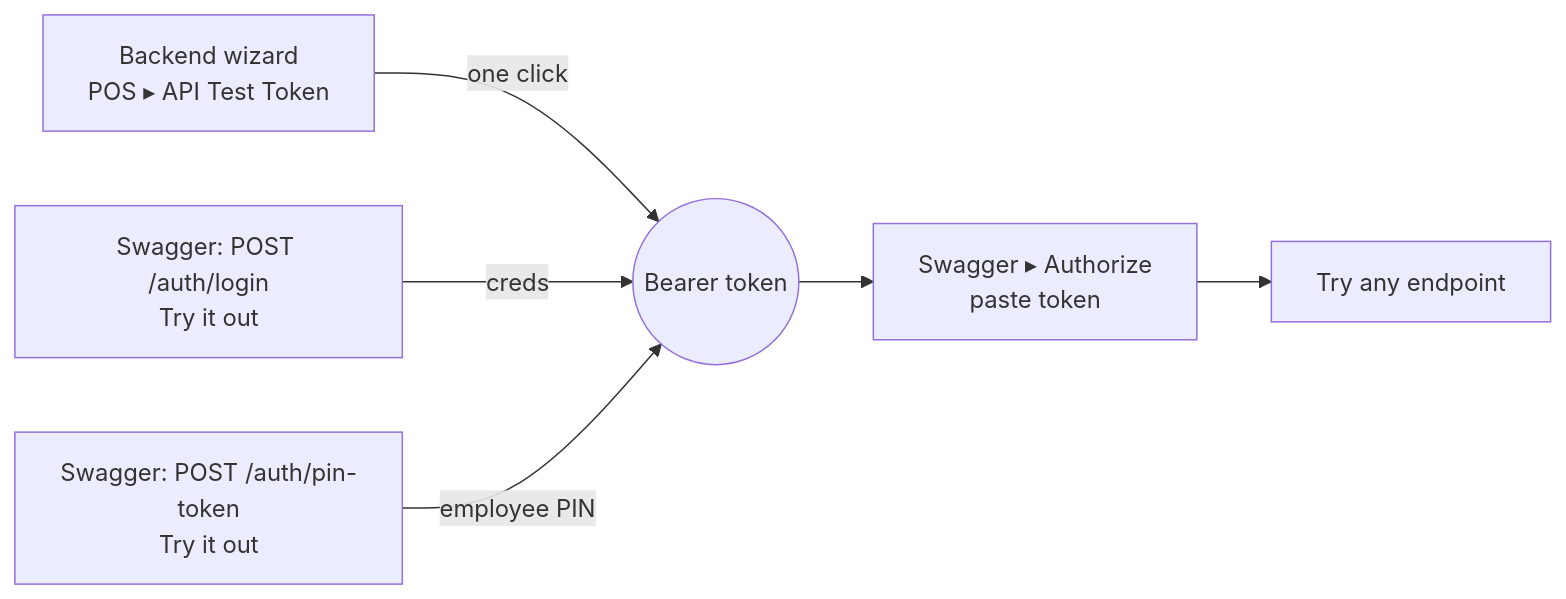
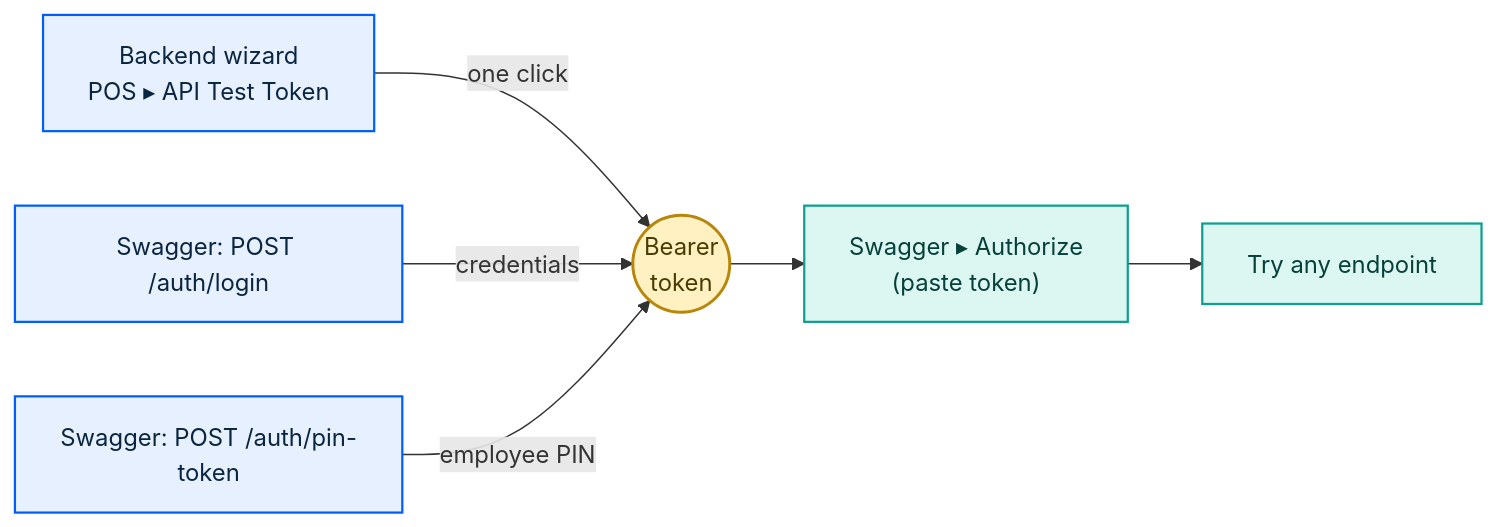
Before and after one commit to clouderps/saas-share: the third of 3 diagrams in ab_api_base/docs/API_ARCHITECTURE.md, drawn with Mermaid. The commit also changed other lines of this file, not shown here.

First line of the commit message:
docs(api): high-contrast colors + legend on the architecture diagrams

````diff
--- a/ab_api_base/docs/API_ARCHITECTURE.md
+++ b/ab_api_base/docs/API_ARCHITECTURE.md
@@ -109,7 +133,14 @@
 ```mermaid
 flowchart LR
-    A["Backend wizard<br/>POS ▸ API Test Token"] -->|"one click"| T((Bearer token))
-    B["Swagger: POST /auth/login<br/>Try it out"] -->|"creds"| T
-    C["Swagger: POST /auth/pin-token<br/>Try it out"] -->|"employee PIN"| T
-    T --> AUTH["Swagger ▸ Authorize<br/>paste token"] --> TRY["Try any endpoint"]
+    A["Backend wizard<br/>POS ▸ API Test Token"] -->|"one click"| T((Bearer<br/>token))
+    B["Swagger: POST /auth/login"] -->|"credentials"| T
+    C["Swagger: POST /auth/pin-token"] -->|"employee PIN"| T
+    T --> AUTH["Swagger ▸ Authorize<br/>(paste token)"] --> TRY["Try any endpoint"]
+
+    classDef src fill:#E6F0FF,stroke:#005FF6,stroke-width:1.5px,color:#0A2540;
+    classDef tok fill:#FFF1C2,stroke:#B8860B,stroke-width:2px,color:#4A3B00;
+    classDef act fill:#DCF6F1,stroke:#0E9F8E,stroke-width:1.5px,color:#06403A;
+    class A,B,C src;
+    class T tok;
+    class AUTH,TRY act;
 ```
````
